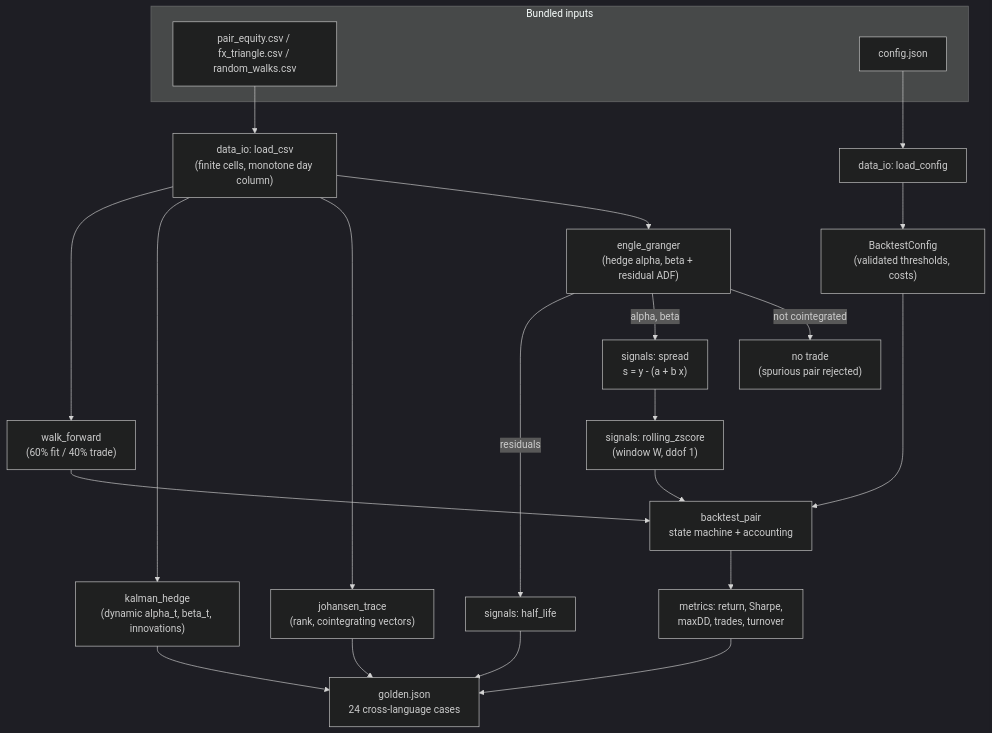
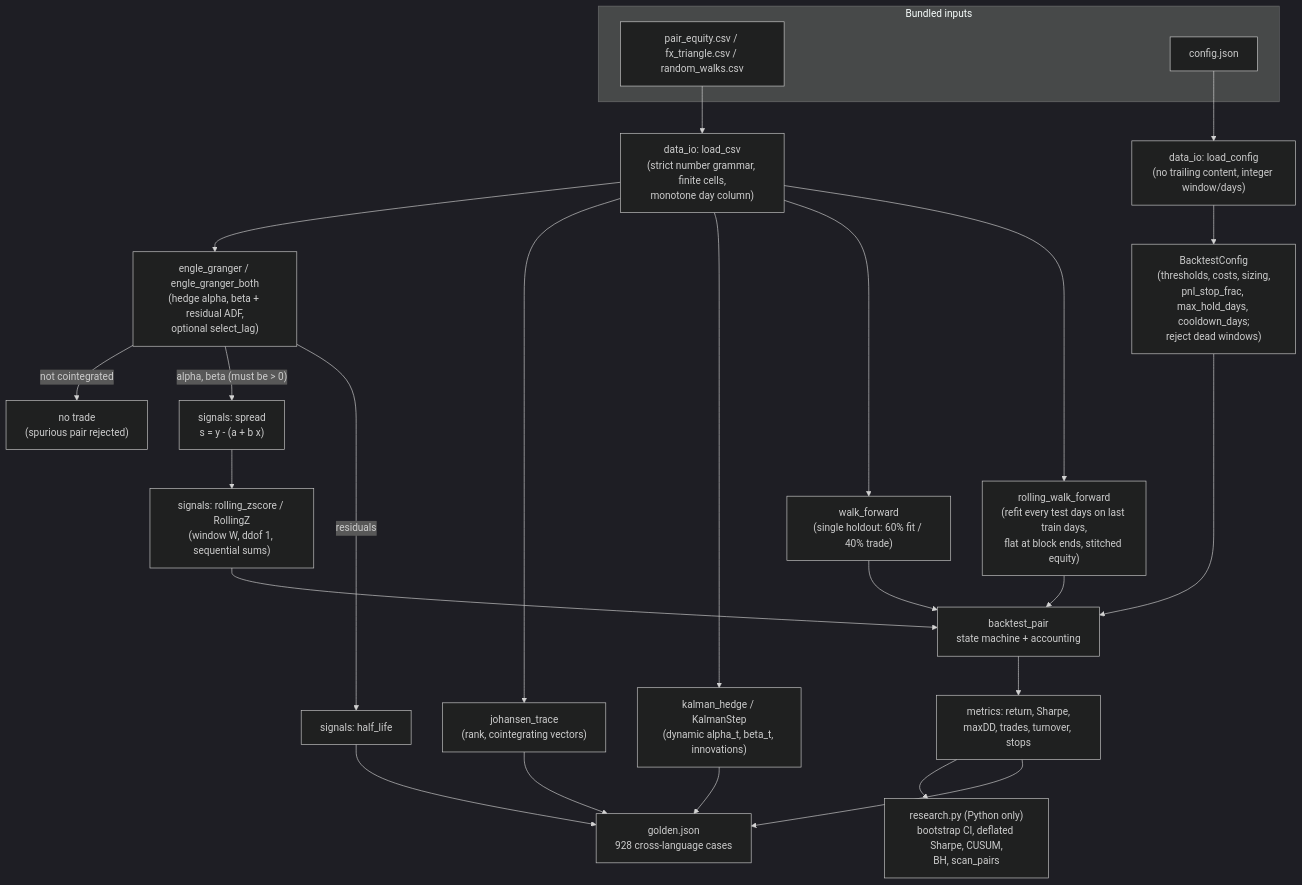
Before and after one commit to AshJha0/statistical-arbitrage: the diagram in docs/diagrams/dataflow.mmd, drawn with Mermaid (dark theme). The commit also changed 87 other files, not shown here.

First line of the commit message:
Release v1.2.0: hedge-correct backtest, risk limits, CI, wider goldens

```diff
--- a/docs/diagrams/dataflow.mmd
+++ b/docs/diagrams/dataflow.mmd
@@ -1,24 +1,27 @@
 flowchart TD
     subgraph inputs [Bundled inputs]
         CSV["pair_equity.csv / fx_triangle.csv / random_walks.csv"]
         CFG["config.json"]
     end
-    CSV --> IO["data_io: load_csv\n(finite cells, monotone day column)"]
-    CFG --> IOC["data_io: load_config"]
-    IO --> EG["engle_granger\n(hedge alpha, beta + residual ADF)"]
+    CSV --> IO["data_io: load_csv\n(strict number grammar, finite cells,\nmonotone day column)"]
+    CFG --> IOC["data_io: load_config\n(no trailing content, integer window/days)"]
+    IO --> EG["engle_granger / engle_granger_both\n(hedge alpha, beta + residual ADF,\noptional select_lag)"]
     IO --> JO["johansen_trace\n(rank, cointegrating vectors)"]
-    IO --> KF["kalman_hedge\n(dynamic alpha_t, beta_t, innovations)"]
+    IO --> KF["kalman_hedge / KalmanStep\n(dynamic alpha_t, beta_t, innovations)"]
     EG -- "not cointegrated" --> STOPX["no trade\n(spurious pair rejected)"]
-    EG -- "alpha, beta" --> SPR["signals: spread\ns = y - (a + b x)"]
+    EG -- "alpha, beta (must be > 0)" --> SPR["signals: spread\ns = y - (a + b x)"]
     EG -- "residuals" --> HL["signals: half_life"]
-    SPR --> Z["signals: rolling_zscore\n(window W, ddof 1)"]
-    IOC --> BTCFG["BacktestConfig\n(validated thresholds, costs)"]
+    SPR --> Z["signals: rolling_zscore / RollingZ\n(window W, ddof 1, sequential sums)"]
+    IOC --> BTCFG["BacktestConfig\n(thresholds, costs, sizing,\npnl_stop_frac, max_hold_days, cooldown_days;\nreject dead windows)"]
     Z --> BT["backtest_pair\nstate machine + accounting"]
     BTCFG --> BT
-    BT --> MET["metrics: return, Sharpe,\nmaxDD, trades, turnover"]
-    IO --> WF["walk_forward\n(60% fit / 40% trade)"]
+    BT --> MET["metrics: return, Sharpe,\nmaxDD, trades, turnover, stops"]
+    IO --> WF["walk_forward\n(single holdout: 60% fit / 40% trade)"]
+    IO --> RWF["rolling_walk_forward\n(refit every test days on last train days,\nflat at block ends, stitched equity)"]
     WF --> BT
-    MET --> GOLD["golden.json\n24 cross-language cases"]
+    RWF --> BT
+    MET --> RES["research.py (Python only)\nbootstrap CI, deflated Sharpe, CUSUM,\nBH, scan_pairs"]
+    MET --> GOLD["golden.json\n928 cross-language cases"]
     JO --> GOLD
     KF --> GOLD
     HL --> GOLD
```
